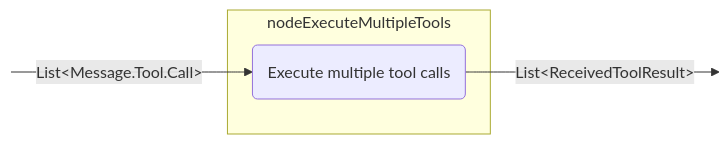
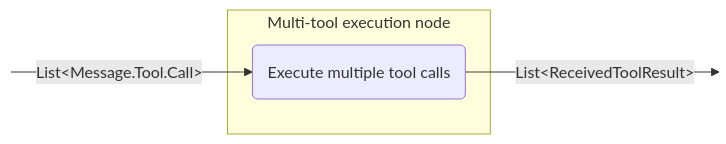
One commit to JetBrains/koog changed diagram 13 of 15 in docs/docs/nodes-and-components.md. Above: the diagram before and after it, drawn with Mermaid. The commit also changed other lines of this file and 1 other file, not shown here.

````diff
--- a/docs/docs/nodes-and-components.md
+++ b/docs/docs/nodes-and-components.md
@@ -712,13 +712,13 @@
 ```mermaid
 graph LR
     in:::hidden
     out:::hidden
     
-    subgraph node ["nodeExecuteMultipleTools"]
+    subgraph node ["Multi-tool execution node"]
         execute(Execute multiple tool calls)
     end
     
     in -- "List&lt;Message.Tool.Call&gt;" --> execute -- "List&lt;ReceivedToolResult&gt;" --> out
 
     classDef hidden display: none;
 ```
````
